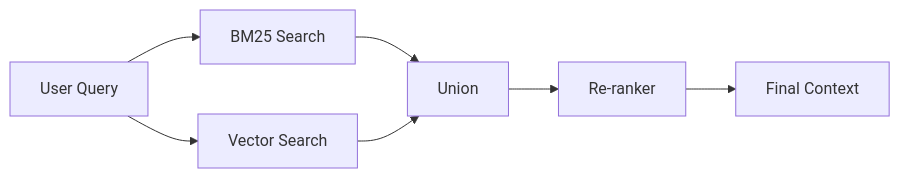
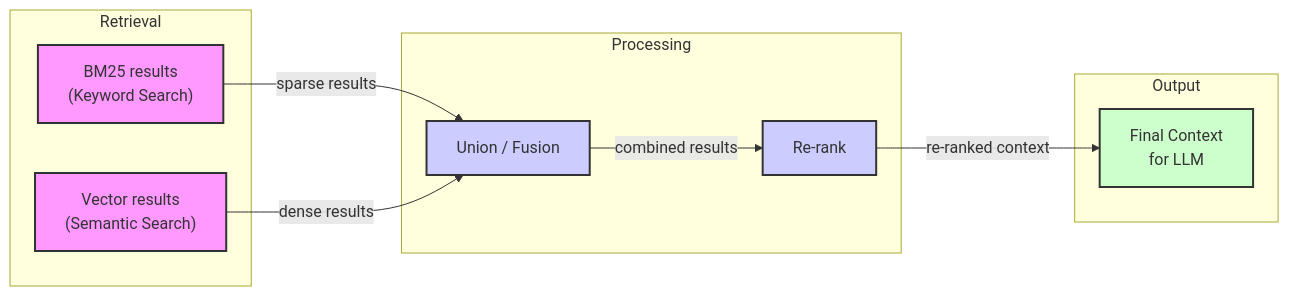
One commit to YMaXing/Research-Agent-reinforced-by-RL changed the third of 4 diagrams in RL_researcher_writer_ymaxing/rl_training_data/noise_experiment/09_RAG__var_standard__replicate2__preset5/article_000.md. Above: the diagram before and after it, drawn with Mermaid. The commit also changed other lines of this file and 4528 other files, not shown here.

````diff
--- a/RL_researcher_writer_ymaxing/rl_training_data/noise_experiment/09_RAG__var_standard__replicate2__preset5/article_000.md
+++ b/RL_researcher_writer_ymaxing/rl_training_data/noise_experiment/09_RAG__var_standard__replicate2__preset5/article_000.md
@@ -108,9 +116,32 @@
 ```mermaid
 flowchart LR
-  A["User Query"] --> B["BM25 Search"]
-  A["User Query"] --> C["Vector Search"]
-  B["BM25 Search"] --> D["Union"]
-  C["Vector Search"] --> D["Union"]
-  D["Union"] --> E["Re-ranker"]
-  E["Re-ranker"] --> F["Final Context"]
+  %% Initial Retrieval Methods
+  subgraph "Retrieval"
+    A["BM25 results<br/>(Keyword Search)"]
+    B["Vector results<br/>(Semantic Search)"]
+  end
+
+  %% Combination and Re-ranking
+  subgraph "Processing"
+    C["Union / Fusion"]
+    D["Re-rank"]
+  end
+
+  %% Final Output
+  subgraph "Output"
+    E["Final Context<br/>for LLM"]
+  end
+
+  A -- "sparse results" --> C
+  B -- "dense results" --> C
+  C -- "combined results" --> D
+  D -- "re-ranked context" --> E
+
+  classDef retrieval fill:#f9f,stroke:#333,stroke-width:2px
+  classDef processing fill:#ccf,stroke:#333,stroke-width:2px
+  classDef output fill:#cfc,stroke:#333,stroke-width:2px
+
+  class A,B retrieval
+  class C,D processing
+  class E output
 ```
````
